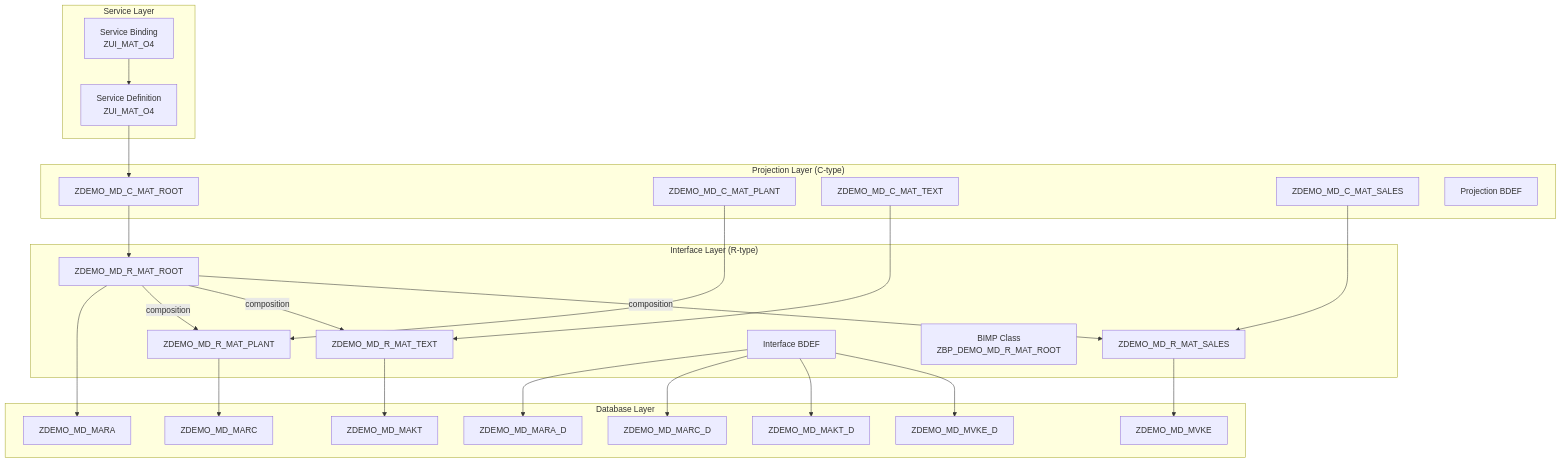
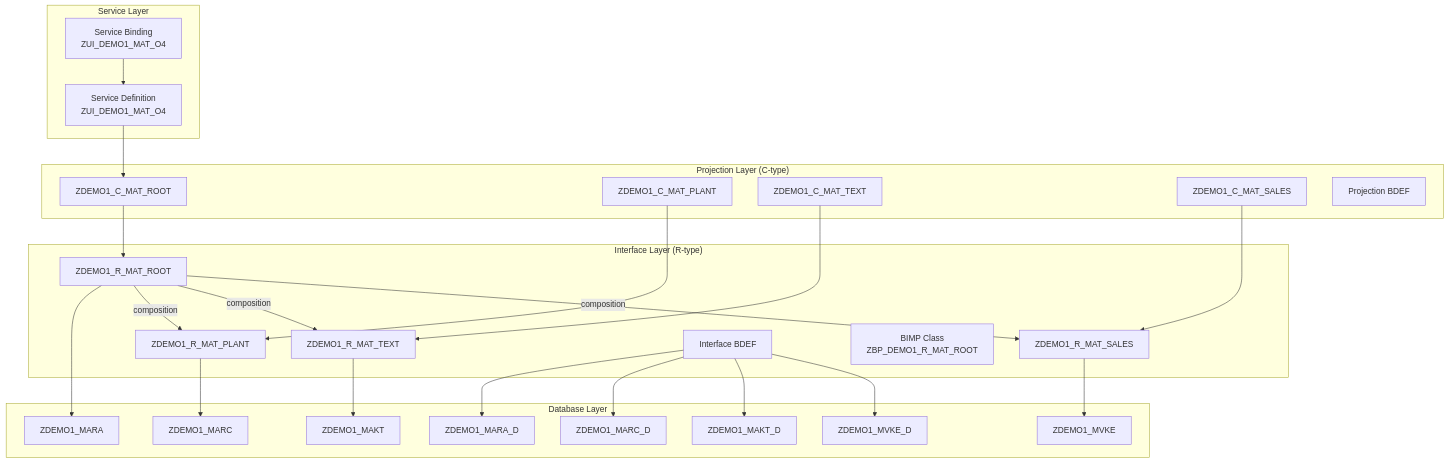
One commit to fr0ster/cloud-llm-hub changed the second of 10 diagrams in docs/tutorials/rap-bo-creation.md. Above: the diagram before and after it, drawn with Mermaid. The commit also changed other lines of this file, not shown here.

````diff
--- a/docs/tutorials/rap-bo-creation.md
+++ b/docs/tutorials/rap-bo-creation.md
@@ -34,54 +64,54 @@
 ```mermaid
 graph TB
     subgraph "Service Layer"
-        SD[Service Definition<br/>ZUI_MAT_O4]
-        SB[Service Binding<br/>ZUI_MAT_O4]
+        SD[Service Definition<br/>ZUI_DEMO1_MAT_O4]
+        SB[Service Binding<br/>ZUI_DEMO1_MAT_O4]
     end
 
     subgraph "Projection Layer (C-type)"
-        CP_ROOT[ZDEMO_MD_C_MAT_ROOT]
-        CP_PLANT[ZDEMO_MD_C_MAT_PLANT]
-        CP_TEXT[ZDEMO_MD_C_MAT_TEXT]
-        CP_SALES[ZDEMO_MD_C_MAT_SALES]
+        CP_ROOT[ZDEMO1_C_MAT_ROOT]
+        CP_PLANT[ZDEMO1_C_MAT_PLANT]
+        CP_TEXT[ZDEMO1_C_MAT_TEXT]
+        CP_SALES[ZDEMO1_C_MAT_SALES]
         BDEF_P[Projection BDEF]
     end
 
     subgraph "Interface Layer (R-type)"
-        CI_ROOT[ZDEMO_MD_R_MAT_ROOT]
-        CI_PLANT[ZDEMO_MD_R_MAT_PLANT]
-        CI_TEXT[ZDEMO_MD_R_MAT_TEXT]
-        CI_SALES[ZDEMO_MD_R_MAT_SALES]
+        CI_ROOT[ZDEMO1_R_MAT_ROOT]
+        CI_PLANT[ZDEMO1_R_MAT_PLANT]
+        CI_TEXT[ZDEMO1_R_MAT_TEXT]
+        CI_SALES[ZDEMO1_R_MAT_SALES]
         BDEF_I[Interface BDEF]
-        BIMP[BIMP Class<br/>ZBP_DEMO_MD_R_MAT_ROOT]
+        BIMP[BIMP Class<br/>ZBP_DEMO1_R_MAT_ROOT]
     end
 
     subgraph "Database Layer"
-        T_MARA[ZDEMO_MD_MARA]
-        T_MARC[ZDEMO_MD_MARC]
-        T_MAKT[ZDEMO_MD_MAKT]
-        T_MVKE[ZDEMO_MD_MVKE]
-        T_MARA_D[ZDEMO_MD_MARA_D]
-        T_MARC_D[ZDEMO_MD_MARC_D]
-        T_MAKT_D[ZDEMO_MD_MAKT_D]
-        T_MVKE_D[ZDEMO_MD_MVKE_D]
+        T_MARA[ZDEMO1_MARA]
+        T_MARC[ZDEMO1_MARC]
+        T_MAKT[ZDEMO1_MAKT]
+        T_MVKE[ZDEMO1_MVKE]
+        T_MARA_D[ZDEMO1_MARA_D]
+        T_MARC_D[ZDEMO1_MARC_D]
+        T_MAKT_D[ZDEMO1_MAKT_D]
+        T_MVKE_D[ZDEMO1_MVKE_D]
     end
 
     SB --> SD
     SD --> CP_ROOT
     CP_ROOT --> CI_ROOT
     CP_PLANT --> CI_PLANT
     CP_TEXT --> CI_TEXT
     CP_SALES --> CI_SALES
     CI_ROOT --> T_MARA
     CI_PLANT --> T_MARC
     CI_TEXT --> T_MAKT
     CI_SALES --> T_MVKE
     BDEF_I --> T_MARA_D
     BDEF_I --> T_MARC_D
     BDEF_I --> T_MAKT_D
     BDEF_I --> T_MVKE_D
 
     CI_ROOT -- "composition" --> CI_PLANT
     CI_ROOT -- "composition" --> CI_TEXT
     CI_ROOT -- "composition" --> CI_SALES
 ```
````
